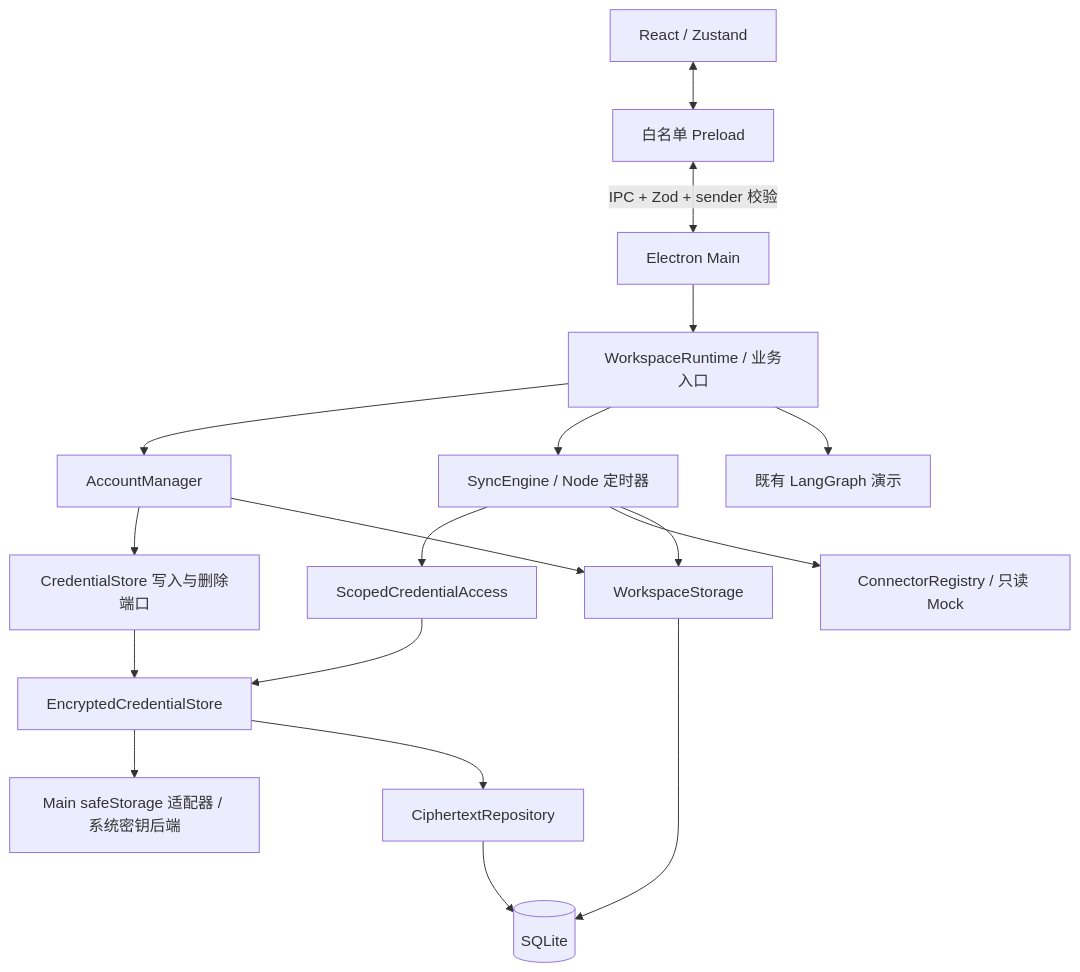
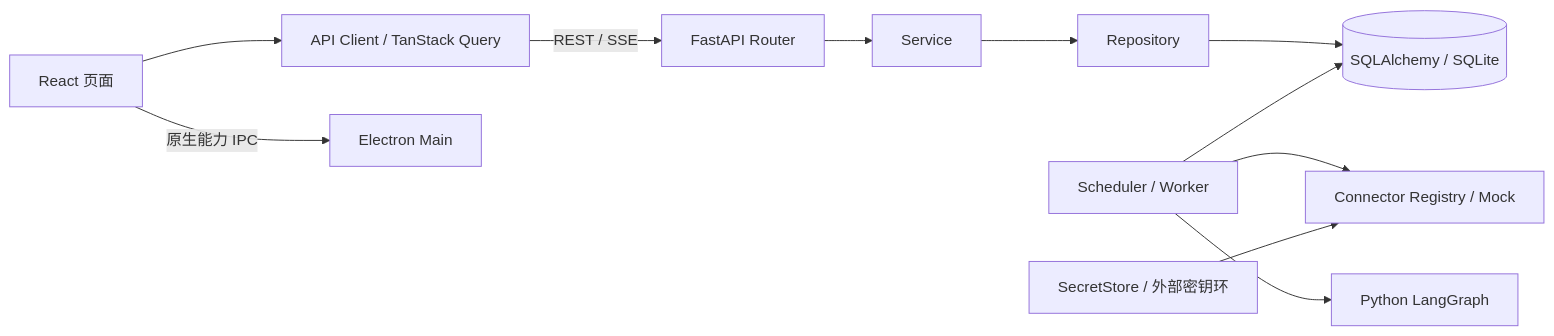
The diagram in docs/ARCHITECTURE.md (yuyeyuyy/Tavo), drawn with Mermaid before and after one commit. The commit also changed other lines of this file and 135 other files, not shown here.

First line of the commit message:
feat: add standalone Python backend and desktop API client

````diff
--- a/docs/ARCHITECTURE.md
+++ b/docs/ARCHITECTURE.md
@@ -5,20 +7,13 @@
 ```mermaid
-flowchart TD
-  UI[React / Zustand] <--> Preload[白名单 Preload]
-  Preload <-->|IPC + Zod + sender 校验| Main[Electron Main]
-  Main --> Runtime[WorkspaceRuntime / 业务入口]
-  Runtime --> Accounts[AccountManager]
-  Runtime --> Sync[SyncEngine / Node 定时器]
-  Accounts --> Writer[CredentialStore 写入与删除端口]
-  Sync --> Access[ScopedCredentialAccess]
-  Access --> Vault[EncryptedCredentialStore]
-  Writer --> Vault
-  Vault --> OS[Main safeStorage 适配器 / 系统密钥后端]
-  Sync --> Registry[ConnectorRegistry / 只读 Mock]
-  Accounts --> Repo[WorkspaceStorage]
-  Sync --> Repo
-  Vault --> Cipher[CiphertextRepository]
-  Repo --> DB[(SQLite)]
-  Cipher --> DB
-  Runtime --> Graph[既有 LangGraph 演示]
+flowchart LR
+  UI[React 页面] --> Q[API Client / TanStack Query]
+  Q -->|REST / SSE| R[FastAPI Router]
+  R --> S[Service]
+  S --> P[Repository]
+  P --> DB[(SQLAlchemy / SQLite)]
+  W[Scheduler / Worker] --> DB
+  W --> C[Connector Registry / Mock]
+  W --> G[Python LangGraph]
+  SS[SecretStore / 外部密钥环] --> C
+  UI -->|原生能力 IPC| M[Electron Main]
 ```
````
